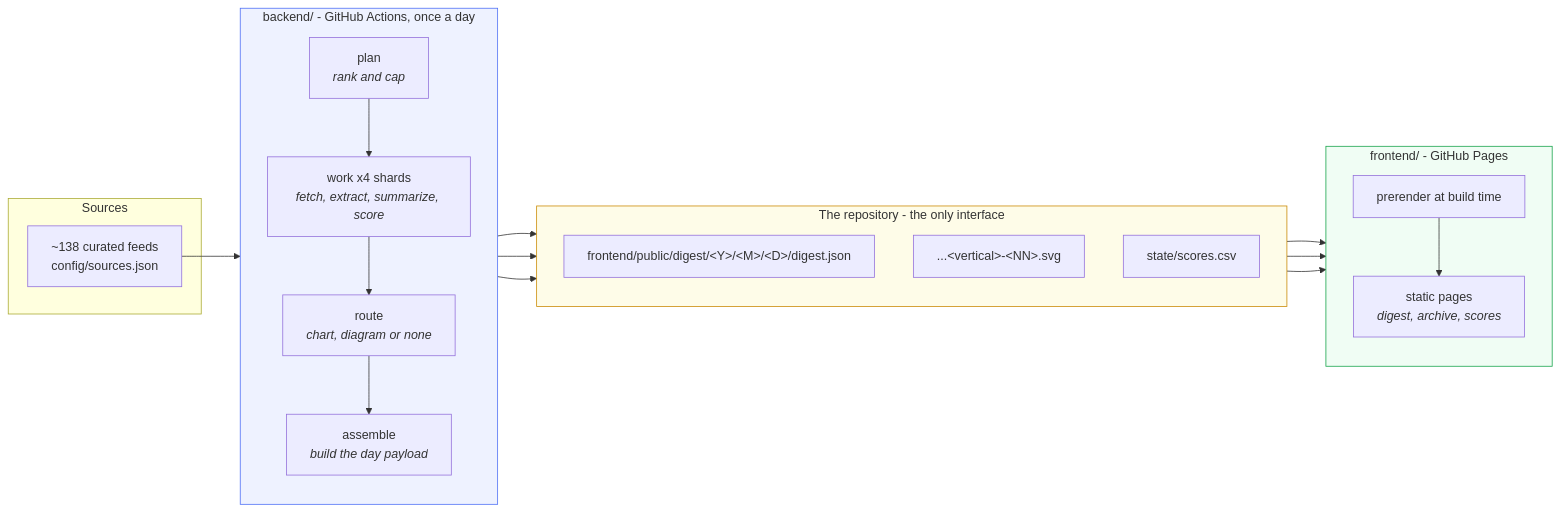
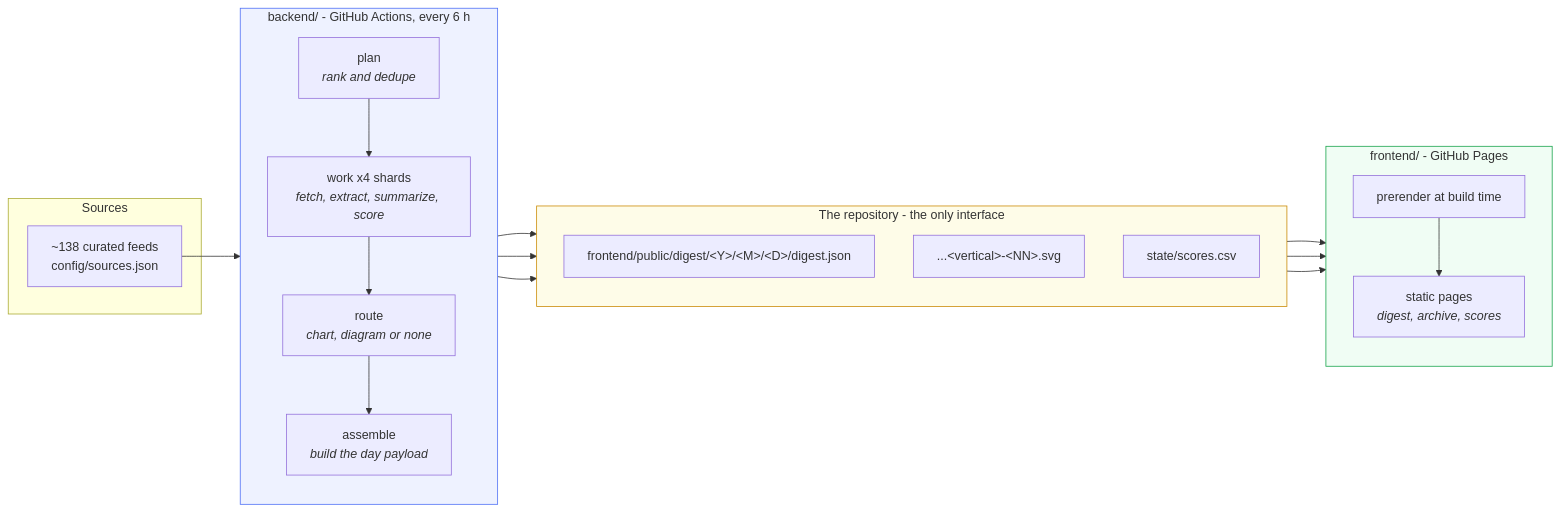
Before and after one commit to miztiik/yen-idhazh: the first of 3 diagrams in docs/architecture/overview.md, drawn with Mermaid. The commit also changed 15 other files, not shown here.

````diff
--- a/docs/architecture/overview.md
+++ b/docs/architecture/overview.md
@@ -12,37 +12,37 @@
 ```mermaid
 flowchart LR
     subgraph src["Sources"]
         F1["~138 curated feeds<br/>config/sources.json"]
     end
 
-    subgraph ci["backend/ - GitHub Actions, once a day"]
+    subgraph ci["backend/ - GitHub Actions, every 6 h"]
         direction TB
-        P["plan<br/><i>rank and cap</i>"]
+        P["plan<br/><i>rank and dedupe</i>"]
         W["work x4 shards<br/><i>fetch, extract, summarize, score</i>"]
         R["route<br/><i>chart, diagram or none</i>"]
         AS["assemble<br/><i>build the day payload</i>"]
         P --> W --> R --> AS
     end
 
     subgraph repo["The repository - the only interface"]
         direction TB
         D1["frontend/public/digest/&lt;Y&gt;/&lt;M&gt;/&lt;D&gt;/digest.json"]
         D2["...&lt;vertical&gt;-&lt;NN&gt;.svg"]
         D3["state/scores.csv"]
     end
 
     subgraph fe["frontend/ - GitHub Pages"]
         direction TB
         B["prerender at build time"]
         S["static pages<br/><i>digest, archive, scores</i>"]
         B --> S
     end
 
     F1 --> P
     AS --> D1 & D2 & D3
     D1 & D2 & D3 --> B
 
     style ci fill:#eef2ff,stroke:#4c6ef5
     style fe fill:#f0fdf4,stroke:#16a34a
     style repo fill:#fefce8,stroke:#ca8a04
 ```
````
